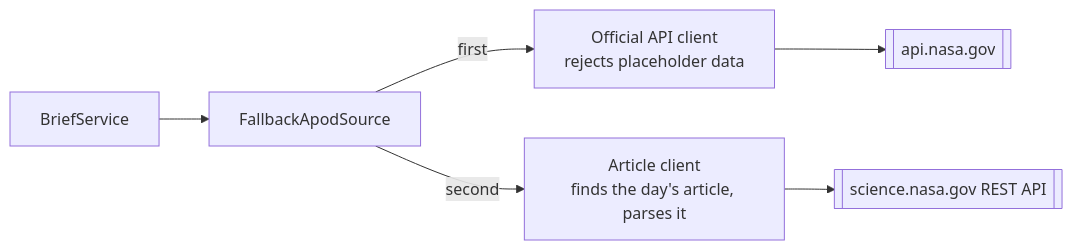
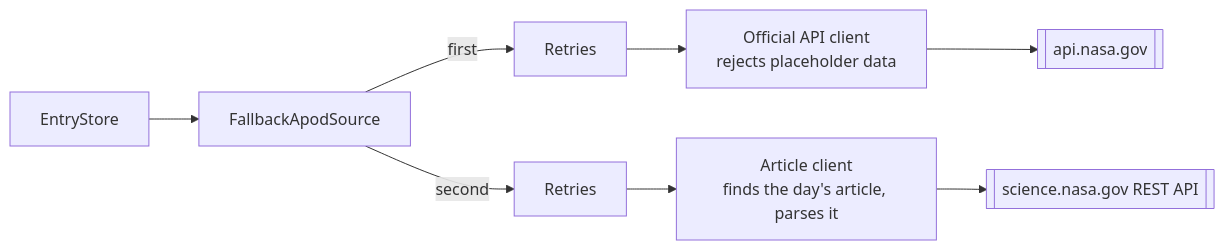
The second of 3 diagrams in README.md (OstapchukIryna/astronomy-brief), drawn with Mermaid before and after one commit. The commit also changed other lines of this file, not shown here.

Commit message:
docs: update the architecture diagrams

````diff
--- a/README.md
+++ b/README.md
@@ -65,8 +71,8 @@
 ```mermaid
 flowchart LR
-    svc[BriefService] --> fb[FallbackApodSource]
-    fb -->|first| api[Official API client<br/>rejects placeholder data]
-    fb -->|second| art[Article client<br/>finds the day's article, parses it]
+    entries[EntryStore] --> fb[FallbackApodSource]
+    fb -->|first| rapi[Retries] --> api[Official API client<br/>rejects placeholder data]
+    fb -->|second| rart[Retries] --> art[Article client<br/>finds the day's article, parses it]
     api --> nasaapi[[api.nasa.gov]]
     art --> nasasci[[science.nasa.gov REST API]]
 ```
````
